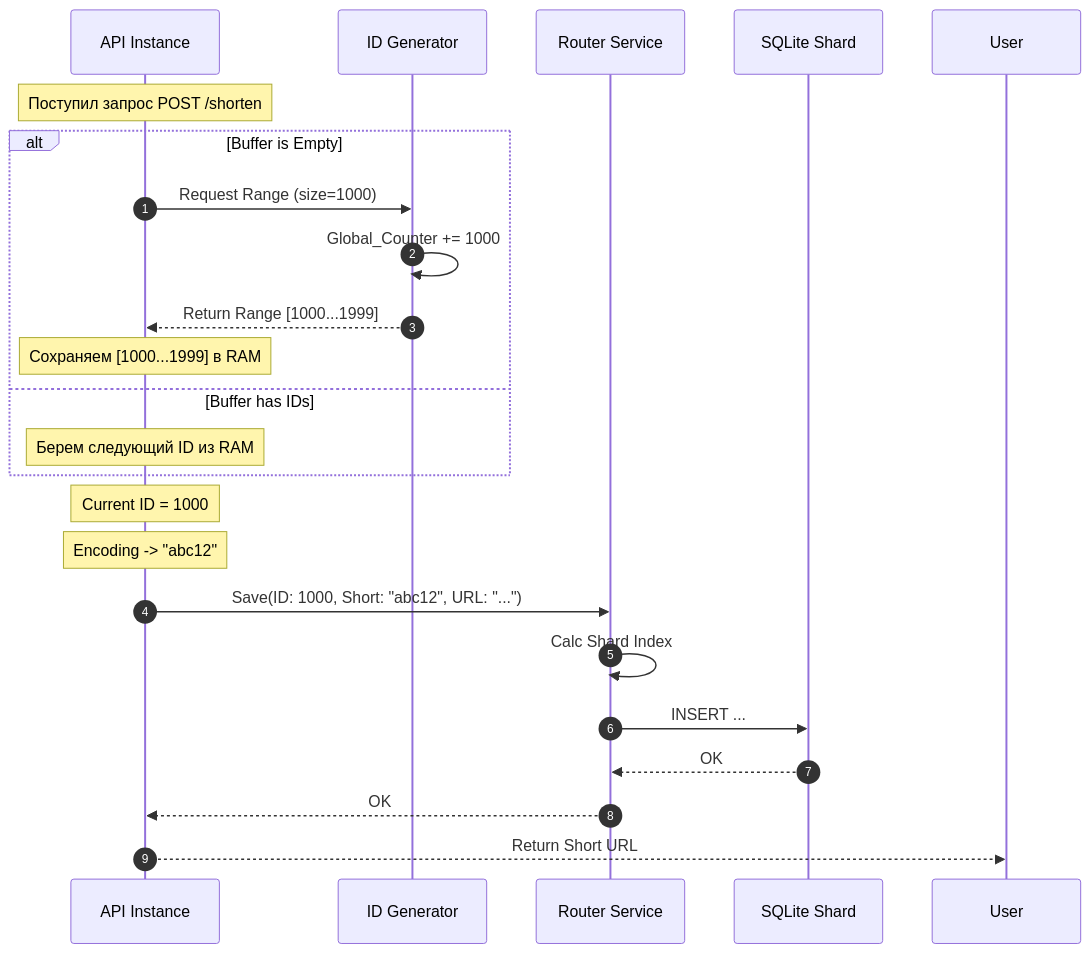
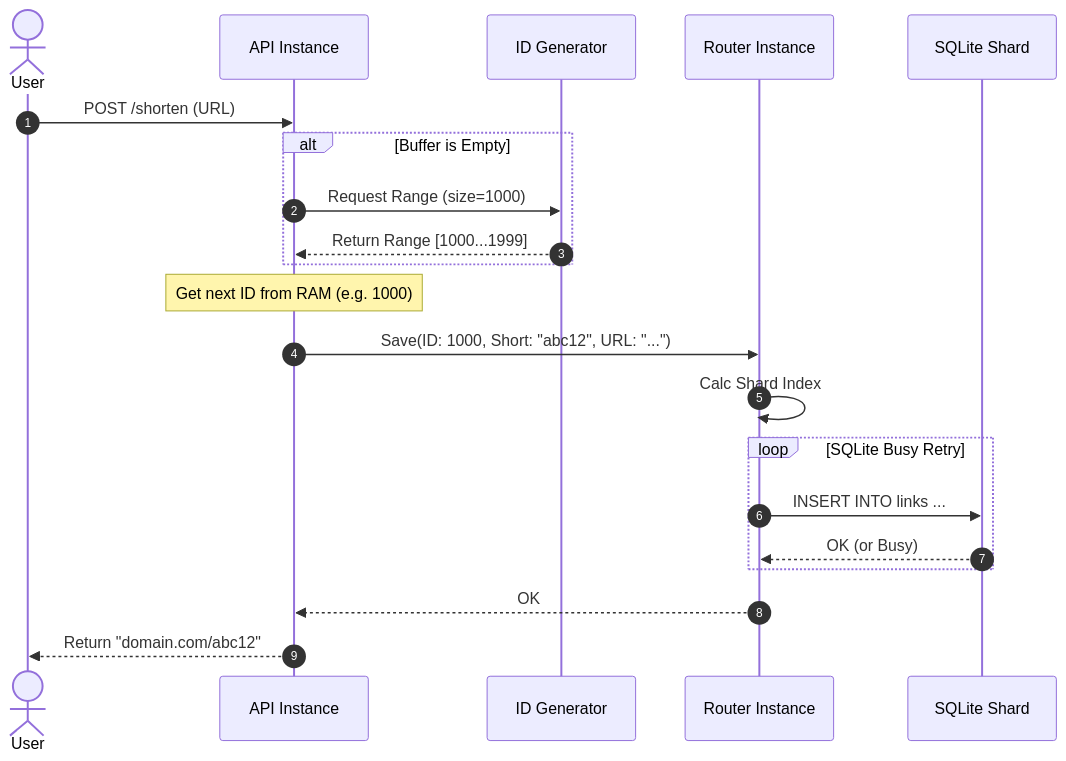
The second of 5 diagrams in docs/tr.md (spbu-ds-practicum-2025/speedrunners), drawn with Mermaid before and after one commit. The commit also changed other lines of this file, not shown here.

````diff
--- a/docs/tr.md
+++ b/docs/tr.md
@@ -205,29 +208,29 @@
 ```mermaid
 sequenceDiagram
     autonumber
+    actor User
     participant API as API Instance
     participant ID as ID Generator
-    participant Router as Router Service
+    participant Router as Router Instance
     participant DB as SQLite Shard
 
-    Note over API: Поступил запрос POST /shorten
+    User->>API: POST /shorten (URL)
 
     alt Buffer is Empty
         API->>ID: Request Range (size=1000)
-        ID->>ID: Global_Counter += 1000
         ID-->>API: Return Range [1000...1999]
-        Note over API: Сохраняем [1000...1999] в RAM
-    else Buffer has IDs
-        Note over API: Берем следующий ID из RAM
     end
 
-    Note over API: Current ID = 1000
-    Note over API: Encoding -> "abc12"
+    Note over API: Get next ID from RAM (e.g. 1000)
     
     API->>Router: Save(ID: 1000, Short: "abc12", URL: "...")
     Router->>Router: Calc Shard Index
-    Router->>DB: INSERT ...
-    DB-->>Router: OK
+    
+    loop SQLite Busy Retry
+        Router->>DB: INSERT INTO links ...
+        DB-->>Router: OK (or Busy)
+    end
+    
     Router-->>API: OK
-    API-->>User: Return Short URL
+    API-->>User: Return "domain.com/abc12"
 ```
````
